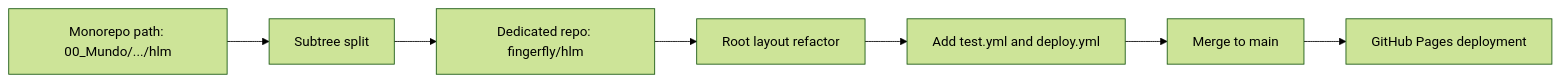
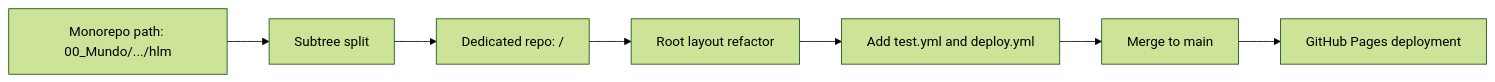
One commit to fingerfly/hlm changed the fourth of 5 diagrams in DEPLOY_TO_GITHUB_MERMAID.md. Above: the diagram before and after it, drawn with Mermaid (forest theme). The commit also changed other lines of this file and 9 other files, not shown here.

````diff
--- a/DEPLOY_TO_GITHUB_MERMAID.md
+++ b/DEPLOY_TO_GITHUB_MERMAID.md
@@ -67,9 +67,9 @@
 ```mermaid
 flowchart LR
   M1[Monorepo path: 00_Mundo/.../hlm] --> M2[Subtree split]
-  M2 --> M3[Dedicated repo: fingerfly/hlm]
+  M2 --> M3[Dedicated repo: <owner>/<repo>]
   M3 --> M4[Root layout refactor]
   M4 --> M5[Add test.yml and deploy.yml]
   M5 --> M6[Merge to main]
   M6 --> M7[GitHub Pages deployment]
 ```
````
